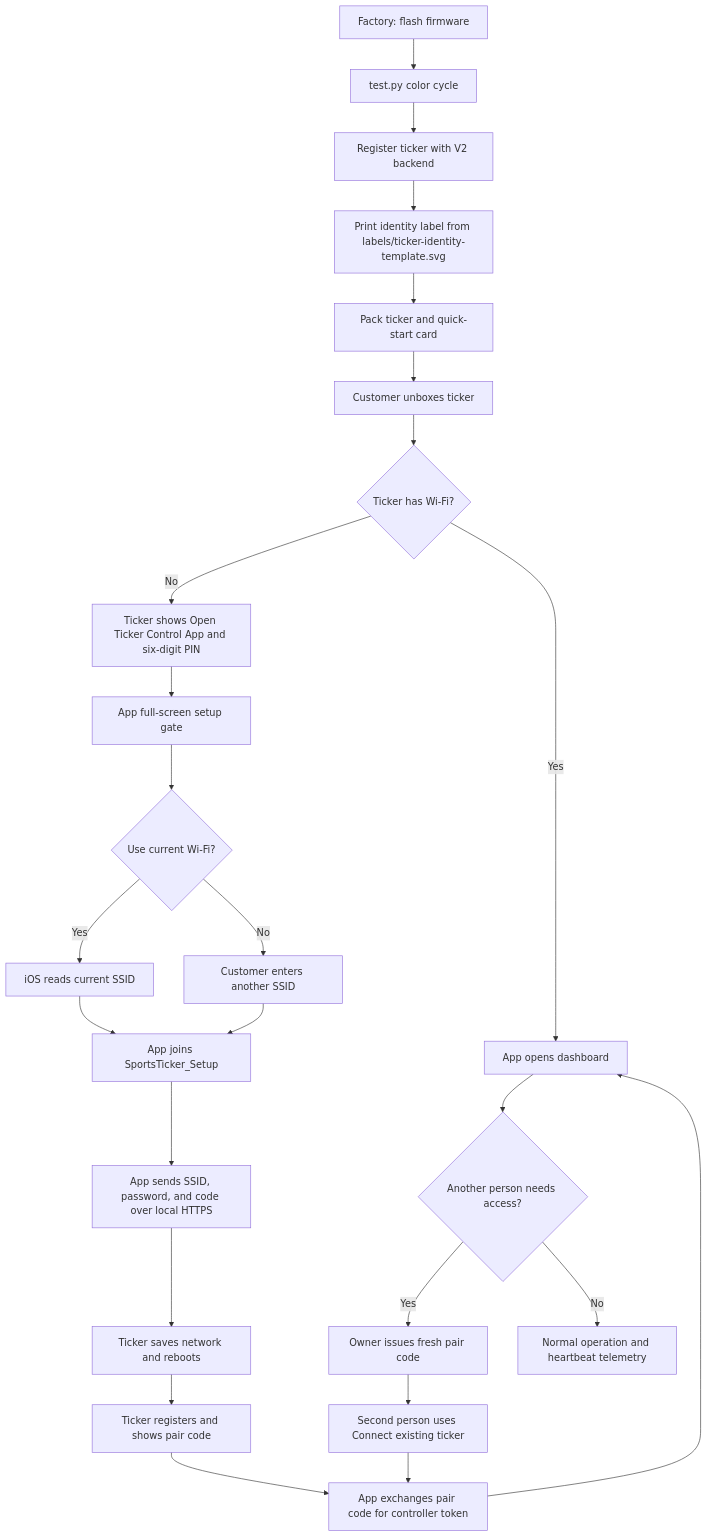
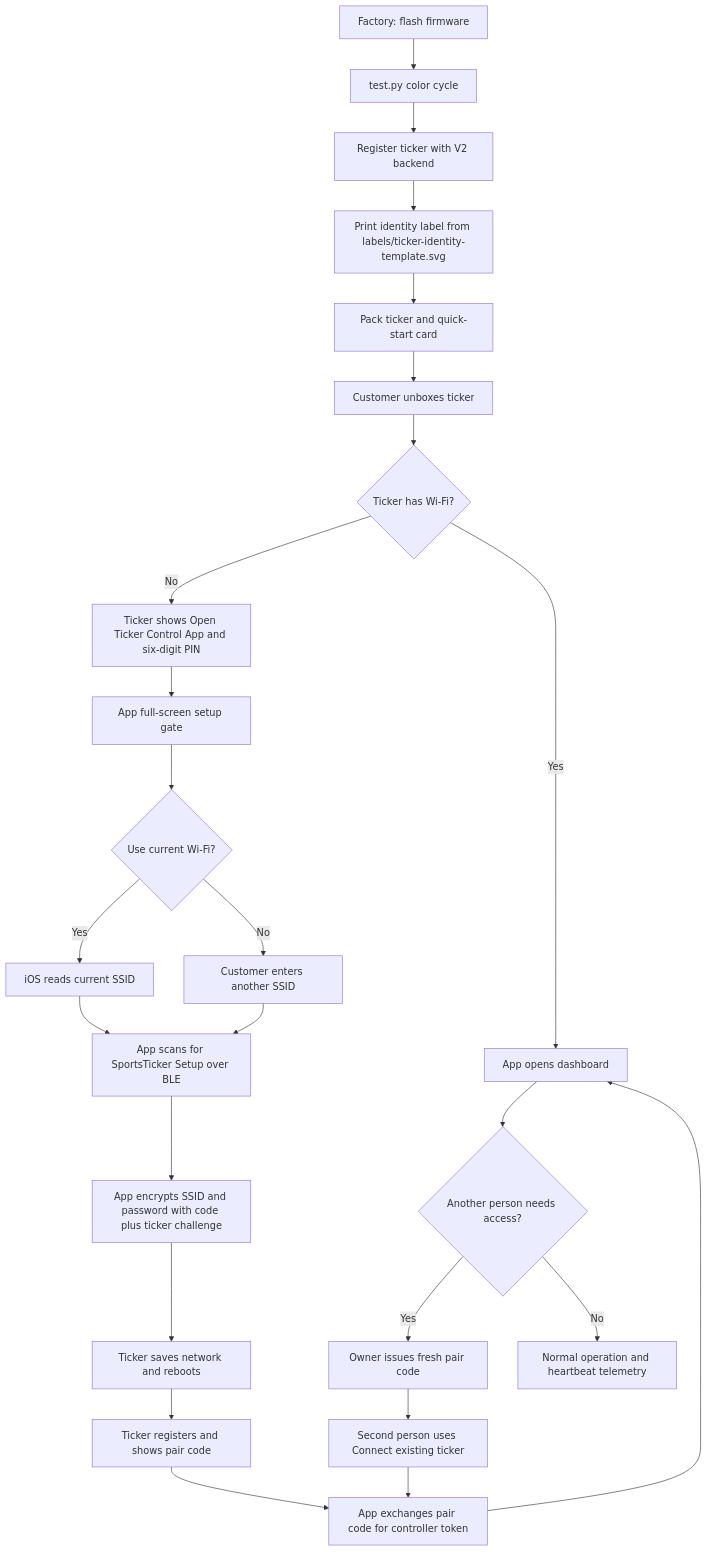
Before and after one commit to MattLD13/SportsTickerBackend: the diagram in docs/setup-process.md, drawn with Mermaid. The commit also changed other lines of this file and 11 other files, not shown here.

First line of the commit message:
Use BLE for ticker Wi-Fi setup

````diff
--- a/docs/setup-process.md
+++ b/docs/setup-process.md
@@ -5,27 +5,27 @@
 ```mermaid
 flowchart TD
     A[Factory: flash firmware] --> B[test.py color cycle]
     B --> C[Register ticker with V2 backend]
     C --> D[Print identity label from labels/ticker-identity-template.svg]
     D --> E[Pack ticker and quick-start card]
     E --> F[Customer unboxes ticker]
     F --> G{Ticker has Wi-Fi?}
     G -->|Yes| H[App opens dashboard]
     G -->|No| I[Ticker shows Open Ticker Control App and six-digit PIN]
     I --> J[App full-screen setup gate]
     J --> K{Use current Wi-Fi?}
     K -->|Yes| L[iOS reads current SSID]
     K -->|No| M[Customer enters another SSID]
-    L --> N[App joins SportsTicker_Setup]
+    L --> N[App scans for SportsTicker Setup over BLE]
     M --> N
-    N --> O[App sends SSID, password, and code over local HTTPS]
+    N --> O[App encrypts SSID and password with code plus ticker challenge]
     O --> P[Ticker saves network and reboots]
     P --> Q[Ticker registers and shows pair code]
     Q --> R[App exchanges pair code for controller token]
     R --> H
     H --> S{Another person needs access?}
     S -->|Yes| T[Owner issues fresh pair code]
     T --> U[Second person uses Connect existing ticker]
     U --> R
     S -->|No| V[Normal operation and heartbeat telemetry]
 ```
````
